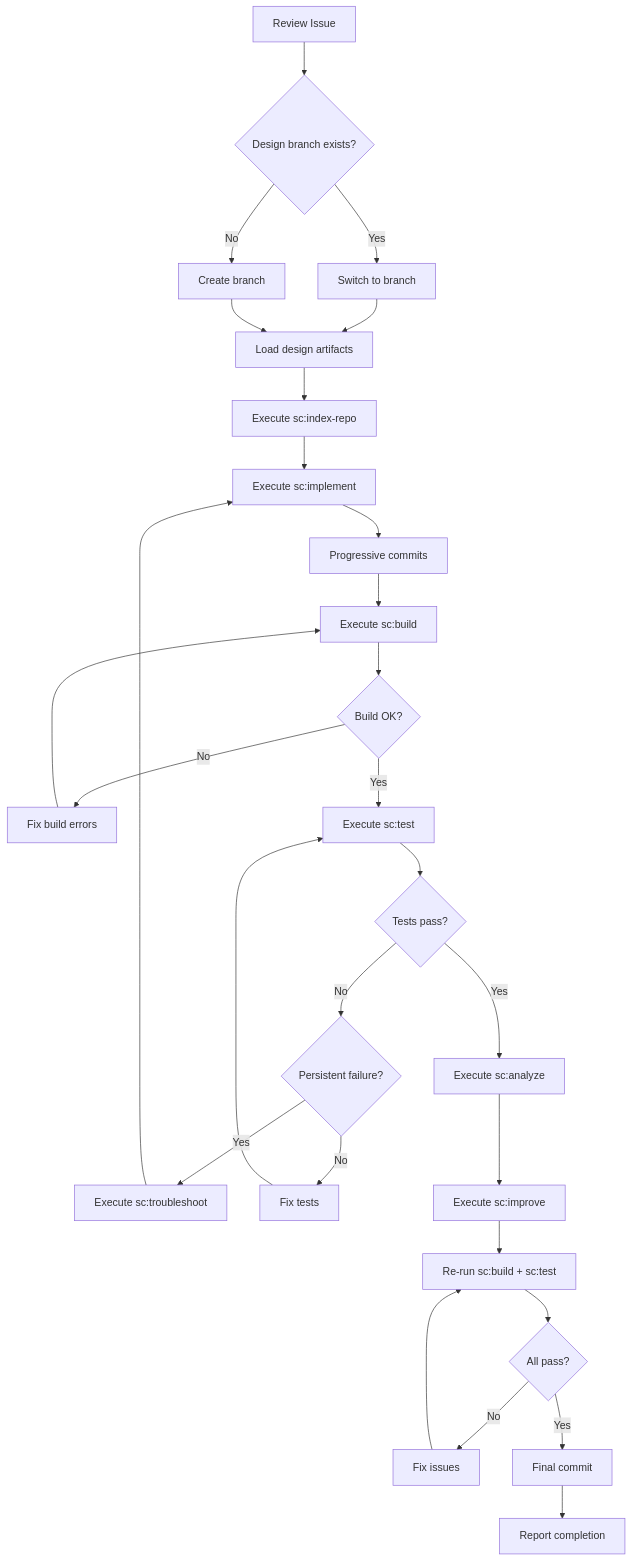
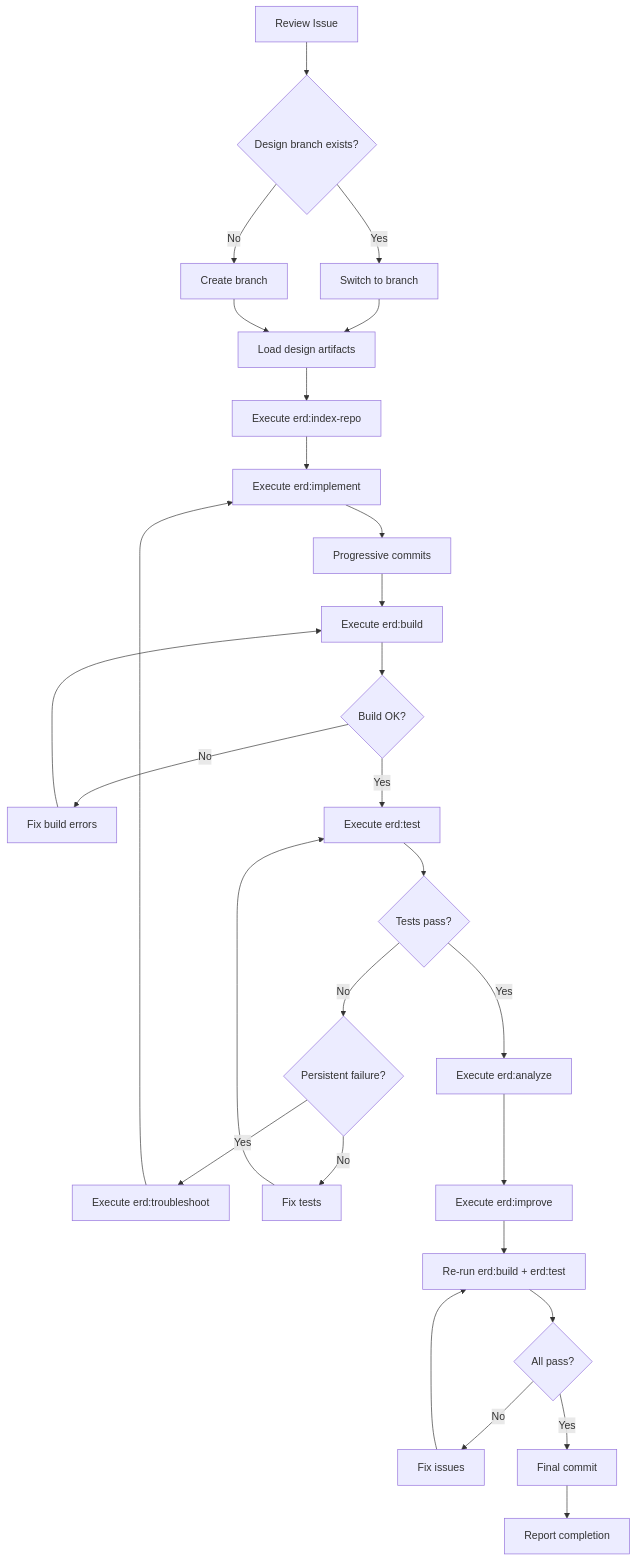
The diagram in templates/claude/.claude/skills/implement/SKILL.md (TE-ToshiakiTanaka2/tarnished), drawn with Mermaid before and after one commit. The commit also changed other lines of this file and 43 other files, not shown here.

First line of the commit message:
feat: internalize SuperClaude skills as erd: commands (#241)

````diff
--- a/templates/claude/.claude/skills/implement/SKILL.md
+++ b/templates/claude/.claude/skills/implement/SKILL.md
@@ -186,30 +184,30 @@
 ```mermaid
 graph TD
     A[Review Issue] --> B{Design branch exists?}
     B -->|Yes| C[Switch to branch]
     B -->|No| C2[Create branch]
     C --> D[Load design artifacts]
     C2 --> D
-    D --> E[Execute sc:index-repo]
-    E --> F[Execute sc:implement]
+    D --> E[Execute erd:index-repo]
+    E --> F[Execute erd:implement]
     F --> G[Progressive commits]
-    G --> H[Execute sc:build]
+    G --> H[Execute erd:build]
     H --> I{Build OK?}
     I -->|No| J[Fix build errors]
     J --> H
-    I -->|Yes| K[Execute sc:test]
+    I -->|Yes| K[Execute erd:test]
     K --> L{Tests pass?}
     L -->|No| M{Persistent failure?}
-    M -->|Yes| N[Execute sc:troubleshoot]
+    M -->|Yes| N[Execute erd:troubleshoot]
     N --> F
     M -->|No| O[Fix tests]
     O --> K
-    L -->|Yes| P[Execute sc:analyze]
-    P --> Q[Execute sc:improve]
-    Q --> R[Re-run sc:build + sc:test]
+    L -->|Yes| P[Execute erd:analyze]
+    P --> Q[Execute erd:improve]
+    Q --> R[Re-run erd:build + erd:test]
     R --> S{All pass?}
     S -->|No| T[Fix issues]
     T --> R
     S -->|Yes| U[Final commit]
     U --> V[Report completion]
 ```
````
